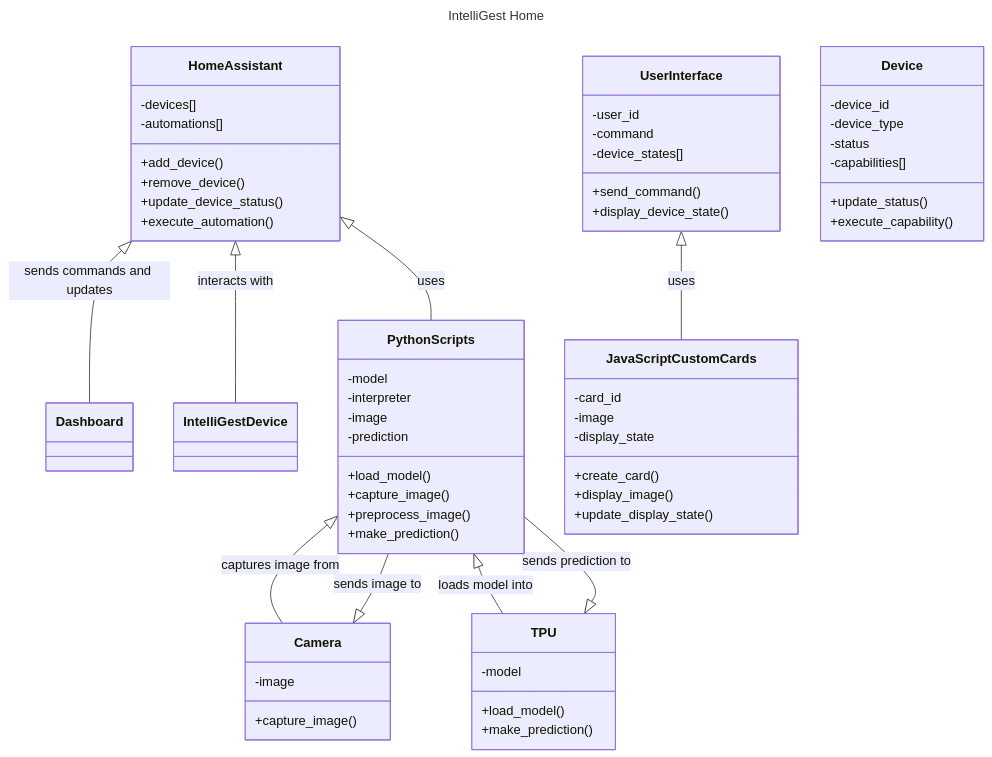
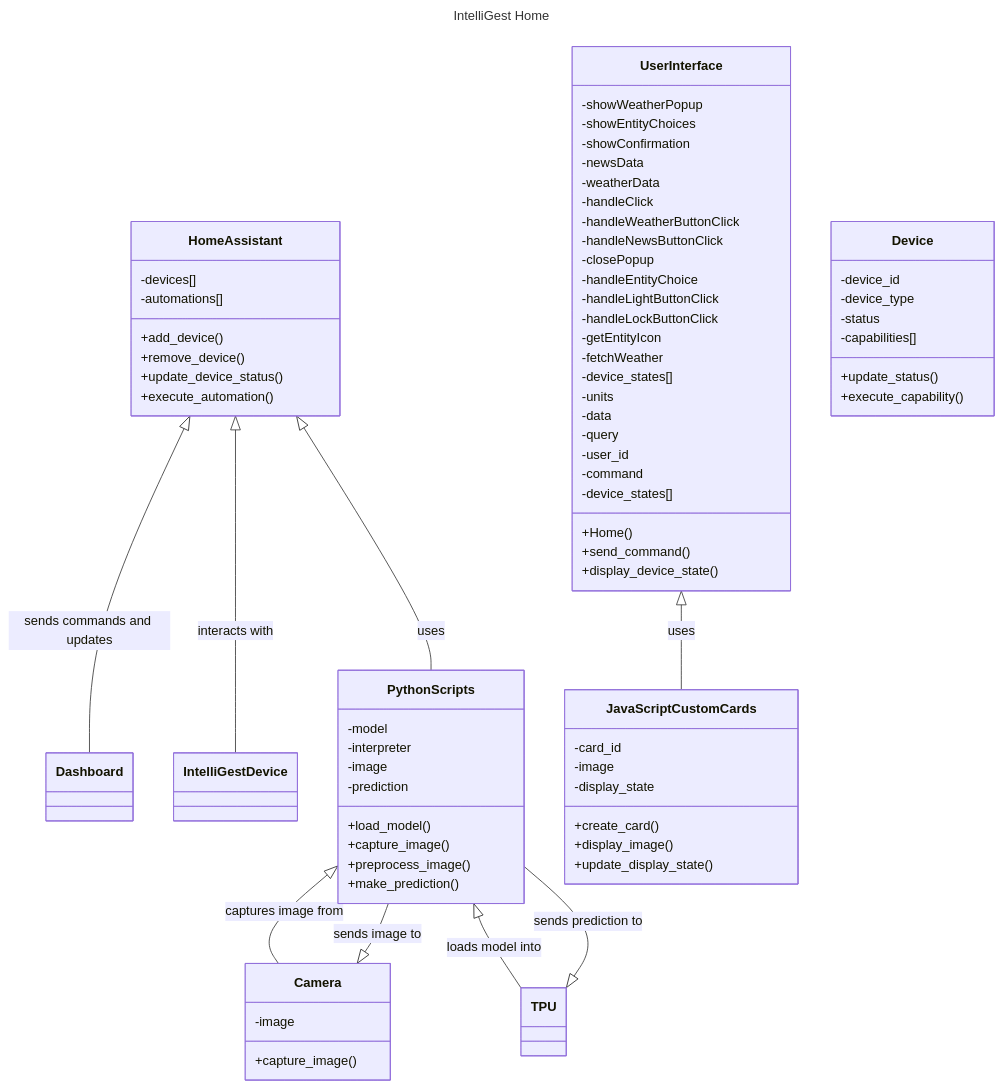
The diagram in documentation/docs/system-architecture/class-diagram.md (Capstone-Projects-2024-Spring/project-intelligest-smart-home), drawn with Mermaid before and after one commit. The commit also changed 1 other file, not shown here.

Commit message:
updated User Interface in Class diagram

````diff
--- a/documentation/docs/system-architecture/class-diagram.md
+++ b/documentation/docs/system-architecture/class-diagram.md
@@ -35,65 +35,79 @@
 ```mermaid
 ---
 title: IntelliGest Home
 ---
 
 classDiagram
     HomeAssistant <|-- Dashboard : sends commands and updates
     HomeAssistant <|-- IntelliGestDevice : interacts with
     HomeAssistant <|-- PythonScripts : uses
     UserInterface <|-- JavaScriptCustomCards : uses
     PythonScripts <|-- Camera : captures image from
     PythonScripts <|-- TPU : loads model into
     Camera <|-- PythonScripts : sends image to
     TPU <|-- PythonScripts : sends prediction to
     class HomeAssistant {
         -devices[]
         -automations[]
         +add_device()
         +remove_device()
         +update_device_status()
         +execute_automation()
     }
     class UserInterface {
+        -showWeatherPopup
+        -showEntityChoices
+        -showConfirmation
+        -newsData
+        -weatherData
+        -handleClick
+        -handleWeatherButtonClick
+        -handleNewsButtonClick
+        -closePopup
+        -handleEntityChoice
+        -handleLightButtonClick
+        -handleLockButtonClick
+        -getEntityIcon
+        -fetchWeather
+        -device_states[]
+        -units
+        -data
+        -query
         -user_id
         -command
         -device_states[]
+        +Home()
         +send_command()
         +display_device_state()
     }
     class Device {
         -device_id
         -device_type
         -status
         -capabilities[]
         +update_status()
         +execute_capability()
     }
     class PythonScripts {
         -model
         -interpreter
         -image
         -prediction
         +load_model()
         +capture_image()
         +preprocess_image()
         +make_prediction()
     }
     class JavaScriptCustomCards {
         -card_id
         -image
         -display_state
         +create_card()
         +display_image()
         +update_display_state()
     }
     class Camera {
         -image
         +capture_image()
     }
-    class TPU {
-        -model
-        +load_model()
-        +make_prediction()
-    }
 ```
````
